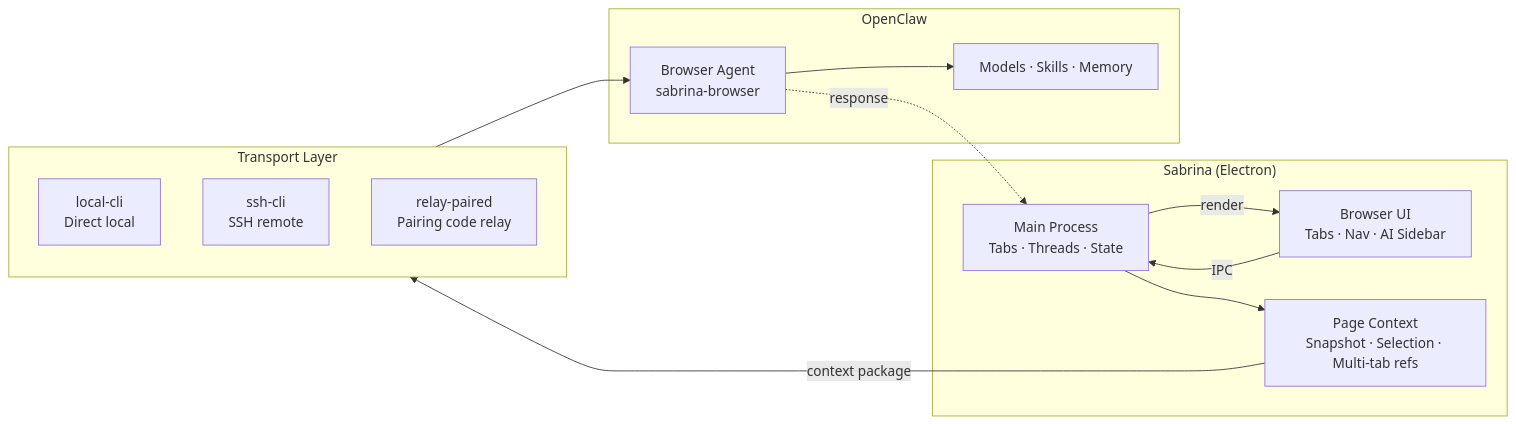
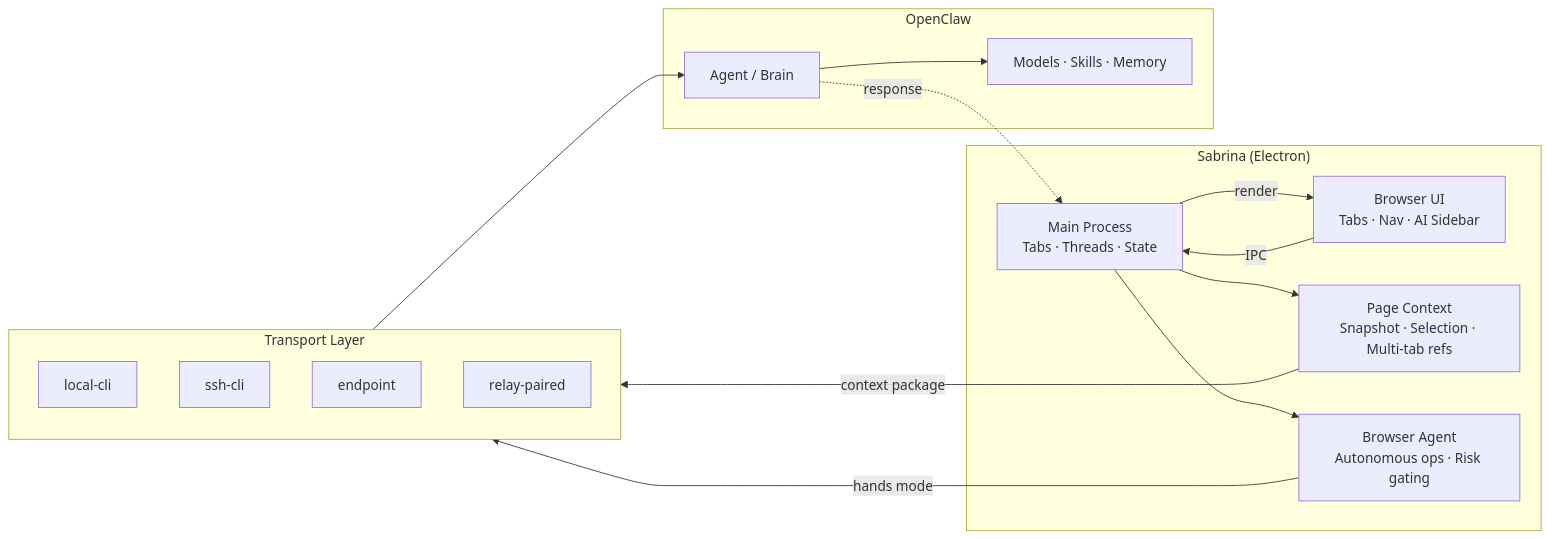
Before and after one commit to jiaqi015/openclaw-ai-browser: the diagram in README_EN.md, drawn with Mermaid. The commit also changed other lines of this file and 126 other files, not shown here.

Commit message:
chore: release v0.1.13 — agent mode, coding gentab, 4 connection modes

````diff
--- a/README_EN.md
+++ b/README_EN.md
@@ -138,27 +143,31 @@
 ```mermaid
 flowchart LR
   subgraph Sabrina["Sabrina (Electron)"]
     UI["Browser UI\nTabs · Nav · AI Sidebar"]
     Main["Main Process\nTabs · Threads · State"]
     Context["Page Context\nSnapshot · Selection · Multi-tab refs"]
+    Agent["Browser Agent\nAutonomous ops · Risk gating"]
   end
 
   subgraph Driver["Transport Layer"]
-    D1["local-cli\nDirect local"]
-    D2["ssh-cli\nSSH remote"]
-    D3["relay-paired\nPairing code relay"]
+    D1["local-cli"]
+    D2["ssh-cli"]
+    D3["endpoint"]
+    D4["relay-paired"]
   end
 
   subgraph OpenClaw["OpenClaw"]
-    Agent["Browser Agent\nsabrina-browser"]
+    OCA["Agent / Brain"]
     Eco["Models · Skills · Memory"]
   end
 
   UI -->|IPC| Main
   Main --> Context
+  Main --> Agent
   Context -->|context package| Driver
-  Driver --> Agent
-  Agent --> Eco
-  Agent -.->|response| Main
+  Agent -->|hands mode| Driver
+  Driver --> OCA
+  OCA --> Eco
+  OCA -.->|response| Main
   Main -->|render| UI
 ```
````
